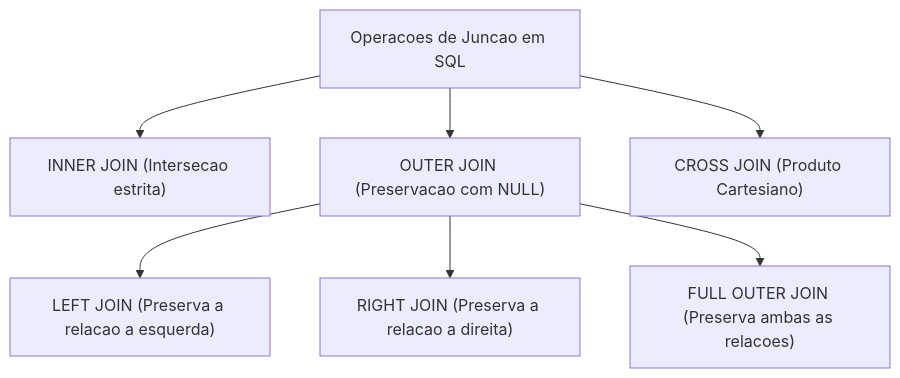
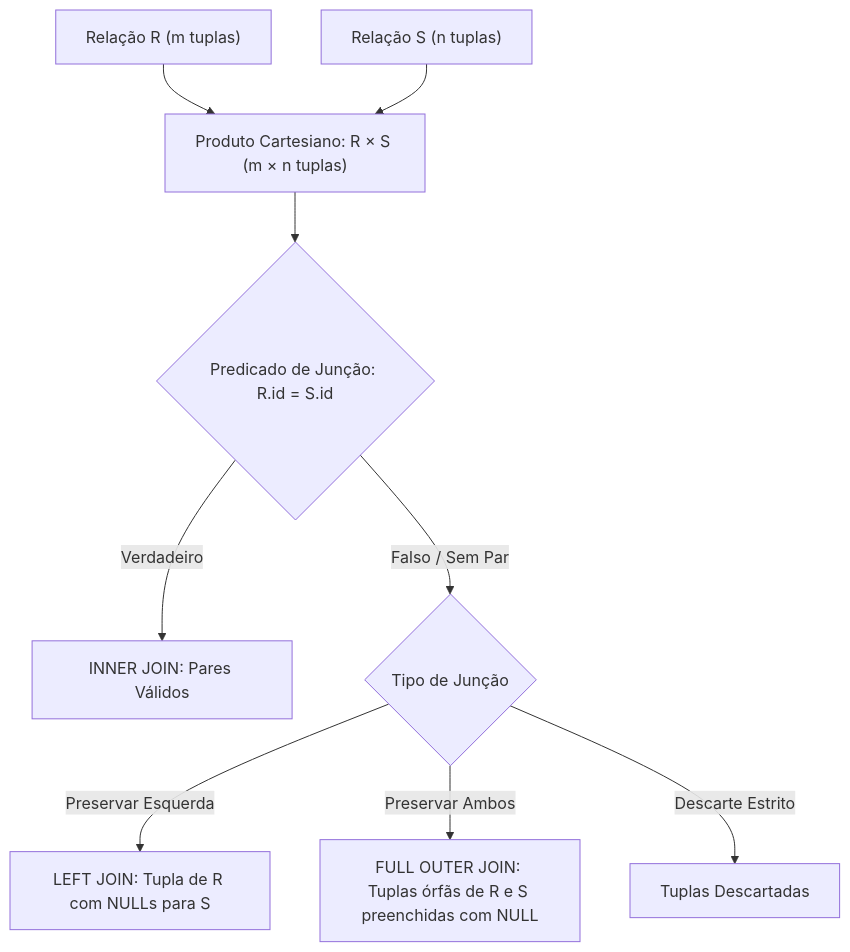
Before and after one commit to murilolol/unifef: the first of 10 diagrams in 4º Semestre/[Prof. Welington Garcia] Tópicos Avançados em Banco de Dados/Resumos-IA/Caderno-Consolidado.md, drawn with Mermaid. The commit also changed other lines of this file and 18 other files, not shown here.

````diff
--- a/4º Semestre/[Prof. Welington Garcia] Tópicos Avançados em Banco de Dados/Resumos-IA/Caderno-Consolidado.md
+++ b/4º Semestre/[Prof. Welington Garcia] Tópicos Avançados em Banco de Dados/Resumos-IA/Caderno-Consolidado.md
@@ -391,11 +65,11 @@
 ```mermaid
 flowchart TD
-  J["Operacoes de Juncao em SQL"]
-  J --> Inner["INNER JOIN (Intersecao estrita)"]
-  J --> Outer["OUTER JOIN (Preservacao com NULL)"]
-  J --> Cross["CROSS JOIN (Produto Cartesiano)"]
-  
-  Outer --> Left["LEFT JOIN (Preserva a relacao a esquerda)"]
-  Outer --> Right["RIGHT JOIN (Preserva a relacao a direita)"]
-  Outer --> Full["FULL OUTER JOIN (Preserva ambas as relacoes)"]
+    R["Relação R (m tuplas)"] --> Cross["Produto Cartesiano: R × S (m × n tuplas)"]
+    S["Relação S (n tuplas)"] --> Cross
+    Cross --> Pred{"Predicado de Junção: R.id = S.id"}
+    Pred -- "Verdadeiro" --> InnerJoin["INNER JOIN: Pares Válidos"]
+    Pred -- "Falso / Sem Par" --> OuterCheck{"Tipo de Junção"}
+    OuterCheck -- "Preservar Esquerda" --> LeftJoin["LEFT JOIN: Tupla de R com NULLs para S"]
+    OuterCheck -- "Preservar Ambos" --> FullJoin["FULL OUTER JOIN: Tuplas órfãs de R e S preenchidas com NULL"]
+    OuterCheck -- "Descarte Estrito" --> Discard["Tuplas Descartadas"]
 ```
````
